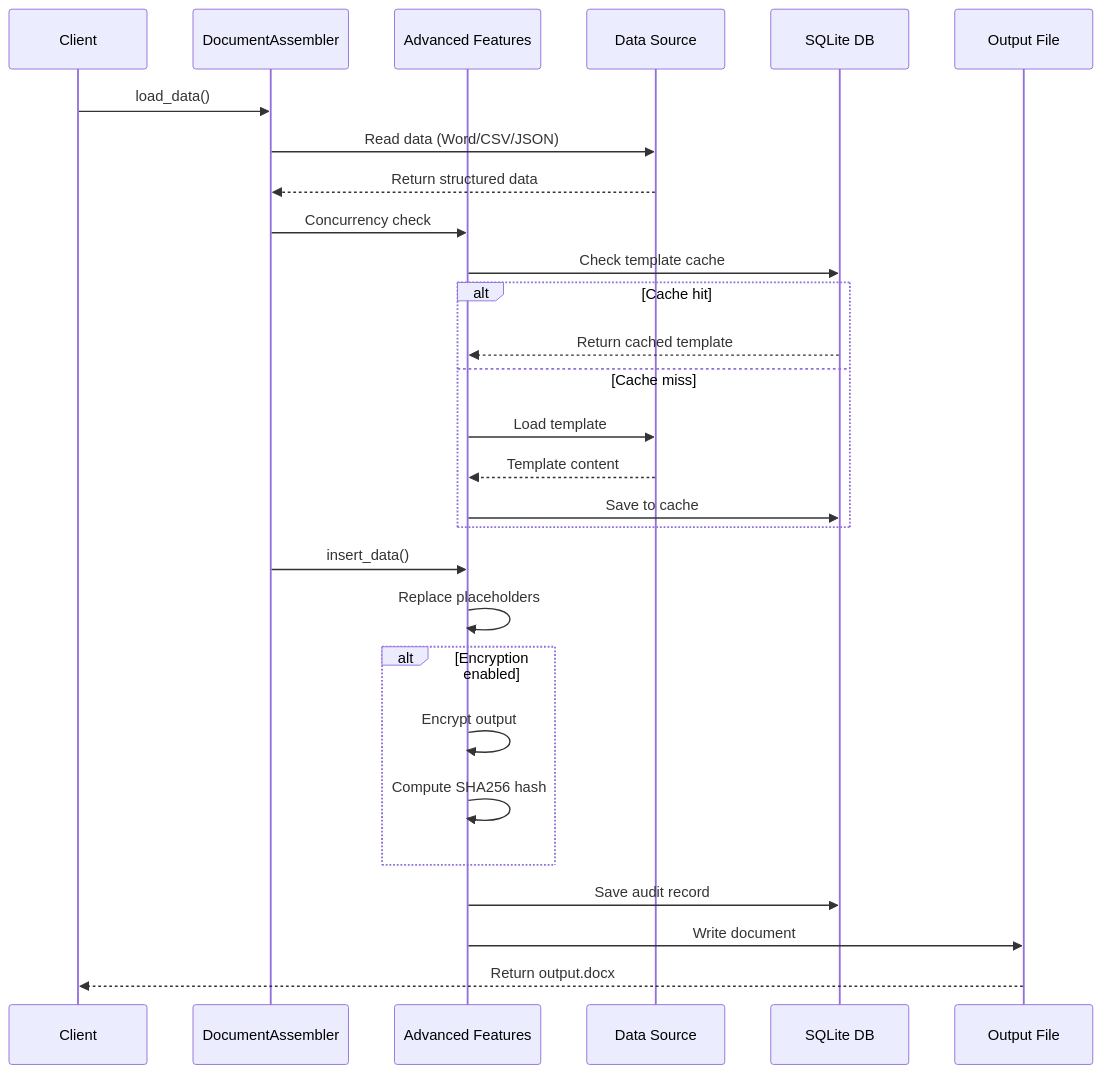
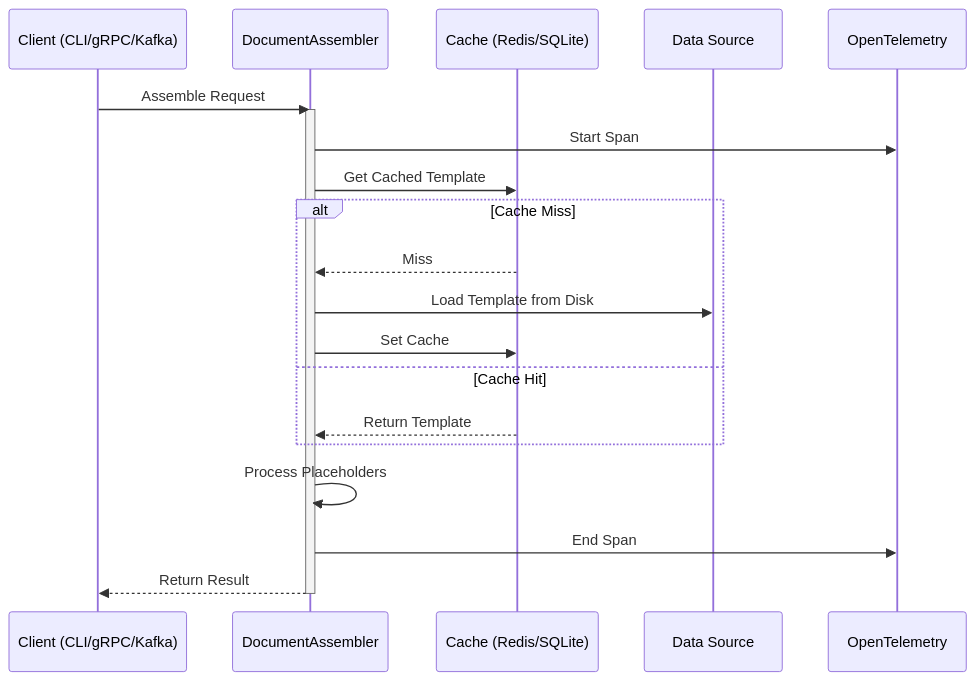
One commit to PC-User-Guest/document-assembly-tool changed the second of 3 diagrams in docs/architecture.md. Above: the diagram before and after it, drawn with Mermaid. The commit also changed other lines of this file and 52 other files, not shown here.

Commit message:
Implement enterprise enhancements: Redis cache, gRPC API, Kafka, K8s operator, failover, and tracing

````diff
--- a/docs/architecture.md
+++ b/docs/architecture.md
@@ -67,35 +61,24 @@
 ```mermaid
 sequenceDiagram
-    participant C as Client
+    participant C as Client (CLI/gRPC/Kafka)
     participant DA as DocumentAssembler
-    participant AF as Advanced Features
+    participant CA as Cache (Redis/SQLite)
     participant DS as Data Source
-    participant DB as SQLite DB
-    participant OUT as Output File
+    participant OT as OpenTelemetry
     
-    C->>DA: load_data()
-    DA->>DS: Read data (Word/CSV/JSON)
-    DS-->>DA: Return structured data
-    
-    DA->>AF: Concurrency check
-    AF->>DB: Check template cache
-    alt Cache hit
-        DB-->>AF: Return cached template
-    else Cache miss
-        AF->>DS: Load template
-        DS-->>AF: Template content
-        AF->>DB: Save to cache
+    C->>DA: Assemble Request
+    activate DA
+    DA->>OT: Start Span
+    DA->>CA: Get Cached Template
+    alt Cache Miss
+        CA-->>DA: Miss
+        DA->>DS: Load Template from Disk
+        DA->>CA: Set Cache
+    else Cache Hit
+        CA-->>DA: Return Template
     end
-    
-    DA->>AF: insert_data()
-    AF->>AF: Replace placeholders
-    
-    alt Encryption enabled
-        AF->>AF: Encrypt output
-        AF->>AF: Compute SHA256 hash
-    end
-    
-    AF->>DB: Save audit record
-    AF->>OUT: Write document
-    OUT-->>C: Return output.docx
+    DA->>DA: Process Placeholders
+    DA->>OT: End Span
+    DA-->>C: Return Result
+    deactivate DA
 ```
````
